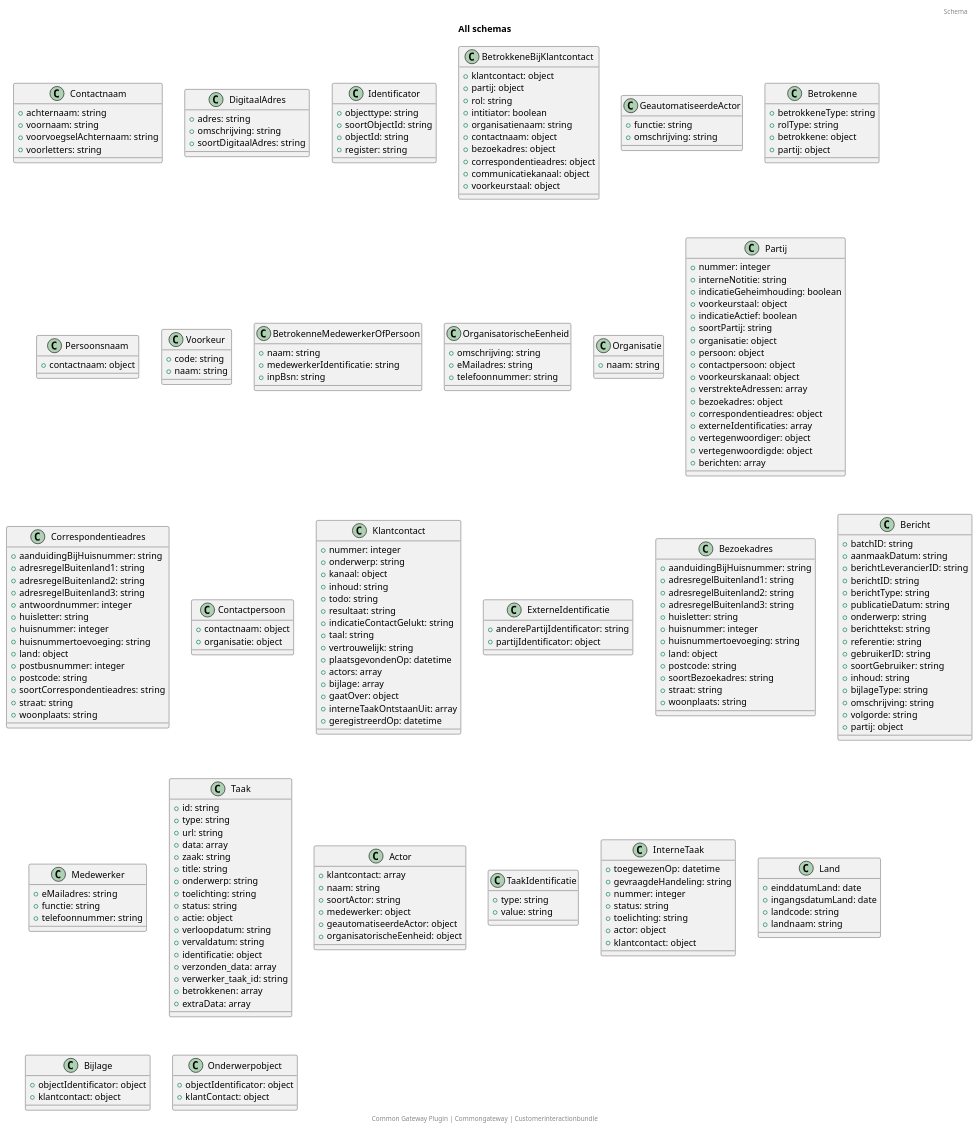
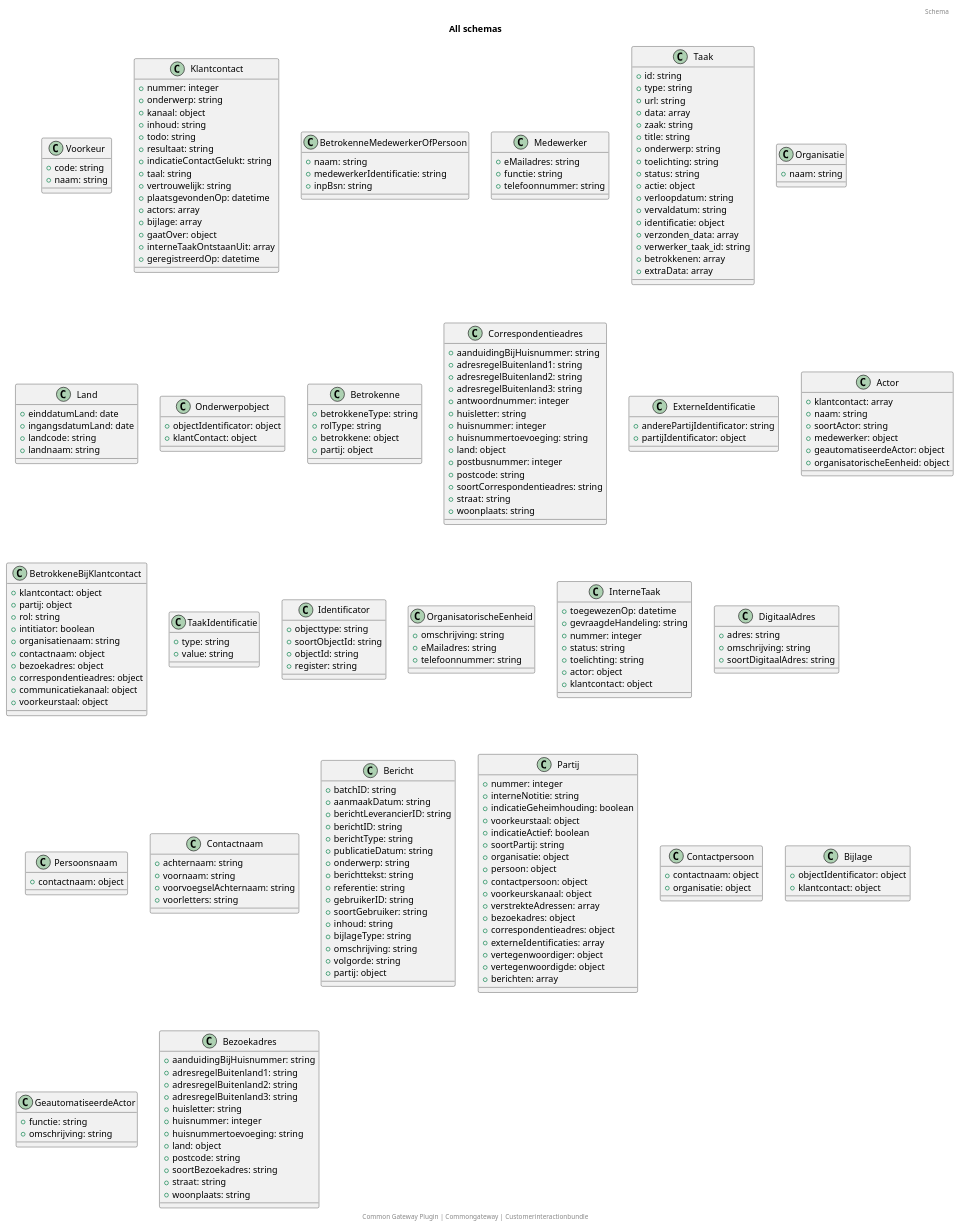
One commit to CommonGateway/CustomerInteractionBundle changed the diagram in docs/schema/all_schema_classes.puml. Above: the diagram before and after it, drawn with PlantUML. The commit also changed other lines of this file and 1 other file, not shown here.

```diff
--- a/docs/schema/all_schema_classes.puml
+++ b/docs/schema/all_schema_classes.puml
@@ -2,103 +2,9 @@
 title: All schemas
 footer: Common Gateway Plugin | Commongateway | Customerinteractionbundle 
 header: Schema
-class Contactnaam {
-  + achternaam: string
-  + voornaam: string
-  + voorvoegselAchternaam: string
-  + voorletters: string
-}
-class DigitaalAdres {
-  + adres: string
-  + omschrijving: string
-  + soortDigitaalAdres: string
-}
-class Identificator {
-  + objecttype: string
-  + soortObjectId: string
-  + objectId: string
-  + register: string
-}
-class BetrokkeneBijKlantcontact {
-  + klantcontact: object
-  + partij: object
-  + rol: string
-  + intitiator: boolean
-  + organisatienaam: string
-  + contactnaam: object
-  + bezoekadres: object
-  + correspondentieadres: object
-  + communicatiekanaal: object
-  + voorkeurstaal: object
-}
-class GeautomatiseerdeActor {
-  + functie: string
-  + omschrijving: string
-}
-class Betrokenne {
-  + betrokkeneType: string
-  + rolType: string
-  + betrokkene: object
-  + partij: object
-}
-class Persoonsnaam {
-  + contactnaam: object
-}
 class Voorkeur {
   + code: string
   + naam: string
-}
-class BetrokenneMedewerkerOfPersoon {
-  + naam: string
-  + medewerkerIdentificatie: string
-  + inpBsn: string
-}
-class OrganisatorischeEenheid {
-  + omschrijving: string
-  + eMailadres: string
-  + telefoonnummer: string
-}
-class Organisatie {
-  + naam: string
-}
-class Partij {
-  + nummer: integer
-  + interneNotitie: string
-  + indicatieGeheimhouding: boolean
-  + voorkeurstaal: object
-  + indicatieActief: boolean
-  + soortPartij: string
-  + organisatie: object
-  + persoon: object
-  + contactpersoon: object
-  + voorkeurskanaal: object
-  + verstrekteAdressen: array
-  + bezoekadres: object
-  + correspondentieadres: object
-  + externeIdentificaties: array
-  + vertegenwoordiger: object
-  + vertegenwoordigde: object
-  + berichten: array
-}
-class Correspondentieadres {
-  + aanduidingBijHuisnummer: string
-  + adresregelBuitenland1: string
-  + adresregelBuitenland2: string
-  + adresregelBuitenland3: string
-  + antwoordnummer: integer
-  + huisletter: string
-  + huisnummer: integer
-  + huisnummertoevoeging: string
-  + land: object
-  + postbusnummer: integer
-  + postcode: string
-  + soortCorrespondentieadres: string
-  + straat: string
-  + woonplaats: string
-}
-class Contactpersoon {
-  + contactnaam: object
-  + organisatie: object
 }
 class Klantcontact {
   + nummer: integer
@@ -117,41 +23,10 @@
   + interneTaakOntstaanUit: array
   + geregistreerdOp: datetime
 }
-class ExterneIdentificatie {
-  + anderePartijIdentificator: string
-  + partijIdentificator: object
-}
-class Bezoekadres {
-  + aanduidingBijHuisnummer: string
-  + adresregelBuitenland1: string
-  + adresregelBuitenland2: string
-  + adresregelBuitenland3: string
-  + huisletter: string
-  + huisnummer: integer
-  + huisnummertoevoeging: string
-  + land: object
-  + postcode: string
-  + soortBezoekadres: string
-  + straat: string
-  + woonplaats: string
-}
-class Bericht {
-  + batchID: string
-  + aanmaakDatum: string
-  + berichtLeverancierID: string
-  + berichtID: string
-  + berichtType: string
-  + publicatieDatum: string
-  + onderwerp: string
-  + berichttekst: string
-  + referentie: string
-  + gebruikerID: string
-  + soortGebruiker: string
-  + inhoud: string
-  + bijlageType: string
-  + omschrijving: string
-  + volgorde: string
-  + partij: object
+class BetrokenneMedewerkerOfPersoon {
+  + naam: string
+  + medewerkerIdentificatie: string
+  + inpBsn: string
 }
 class Medewerker {
   + eMailadres: string
@@ -177,6 +52,45 @@
   + betrokkenen: array
   + extraData: array
 }
+class Organisatie {
+  + naam: string
+}
+class Land {
+  + einddatumLand: date
+  + ingangsdatumLand: date
+  + landcode: string
+  + landnaam: string
+}
+class Onderwerpobject {
+  + objectIdentificator: object
+  + klantContact: object
+}
+class Betrokenne {
+  + betrokkeneType: string
+  + rolType: string
+  + betrokkene: object
+  + partij: object
+}
+class Correspondentieadres {
+  + aanduidingBijHuisnummer: string
+  + adresregelBuitenland1: string
+  + adresregelBuitenland2: string
+  + adresregelBuitenland3: string
+  + antwoordnummer: integer
+  + huisletter: string
+  + huisnummer: integer
+  + huisnummertoevoeging: string
+  + land: object
+  + postbusnummer: integer
+  + postcode: string
+  + soortCorrespondentieadres: string
+  + straat: string
+  + woonplaats: string
+}
+class ExterneIdentificatie {
+  + anderePartijIdentificator: string
+  + partijIdentificator: object
+}
 class Actor {
   + klantcontact: array
   + naam: string
@@ -185,9 +99,32 @@
   + geautomatiseerdeActor: object
   + organisatorischeEenheid: object
 }
+class BetrokkeneBijKlantcontact {
+  + klantcontact: object
+  + partij: object
+  + rol: string
+  + intitiator: boolean
+  + organisatienaam: string
+  + contactnaam: object
+  + bezoekadres: object
+  + correspondentieadres: object
+  + communicatiekanaal: object
+  + voorkeurstaal: object
+}
 class TaakIdentificatie {
   + type: string
   + value: string
+}
+class Identificator {
+  + objecttype: string
+  + soortObjectId: string
+  + objectId: string
+  + register: string
+}
+class OrganisatorischeEenheid {
+  + omschrijving: string
+  + eMailadres: string
+  + telefoonnummer: string
 }
 class InterneTaak {
   + toegewezenOp: datetime
@@ -198,18 +135,81 @@
   + actor: object
   + klantcontact: object
 }
-class Land {
-  + einddatumLand: date
-  + ingangsdatumLand: date
-  + landcode: string
-  + landnaam: string
+class DigitaalAdres {
+  + adres: string
+  + omschrijving: string
+  + soortDigitaalAdres: string
+}
+class Persoonsnaam {
+  + contactnaam: object
+}
+class Contactnaam {
+  + achternaam: string
+  + voornaam: string
+  + voorvoegselAchternaam: string
+  + voorletters: string
+}
+class Bericht {
+  + batchID: string
+  + aanmaakDatum: string
+  + berichtLeverancierID: string
+  + berichtID: string
+  + berichtType: string
+  + publicatieDatum: string
+  + onderwerp: string
+  + berichttekst: string
+  + referentie: string
+  + gebruikerID: string
+  + soortGebruiker: string
+  + inhoud: string
+  + bijlageType: string
+  + omschrijving: string
+  + volgorde: string
+  + partij: object
+}
+class Partij {
+  + nummer: integer
+  + interneNotitie: string
+  + indicatieGeheimhouding: boolean
+  + voorkeurstaal: object
+  + indicatieActief: boolean
+  + soortPartij: string
+  + organisatie: object
+  + persoon: object
+  + contactpersoon: object
+  + voorkeurskanaal: object
+  + verstrekteAdressen: array
+  + bezoekadres: object
+  + correspondentieadres: object
+  + externeIdentificaties: array
+  + vertegenwoordiger: object
+  + vertegenwoordigde: object
+  + berichten: array
+}
+class Contactpersoon {
+  + contactnaam: object
+  + organisatie: object
 }
 class Bijlage {
   + objectIdentificator: object
   + klantcontact: object
 }
-class Onderwerpobject {
-  + objectIdentificator: object
-  + klantContact: object
+class GeautomatiseerdeActor {
+  + functie: string
+  + omschrijving: string
+}
+class Bezoekadres {
+  + aanduidingBijHuisnummer: string
+  + adresregelBuitenland1: string
+  + adresregelBuitenland2: string
+  + adresregelBuitenland3: string
+  + huisletter: string
+  + huisnummer: integer
+  + huisnummertoevoeging: string
+  + land: object
+  + postcode: string
+  + soortBezoekadres: string
+  + straat: string
+  + woonplaats: string
 }
 @enduml
```
